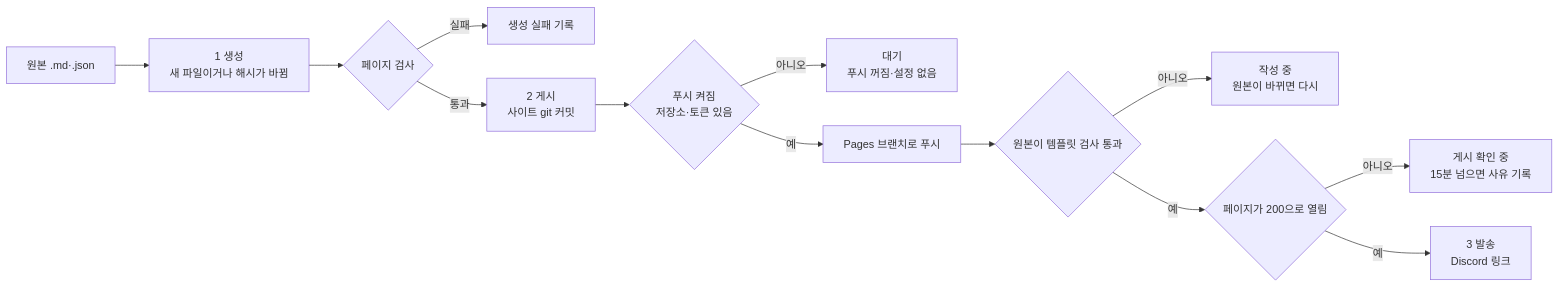
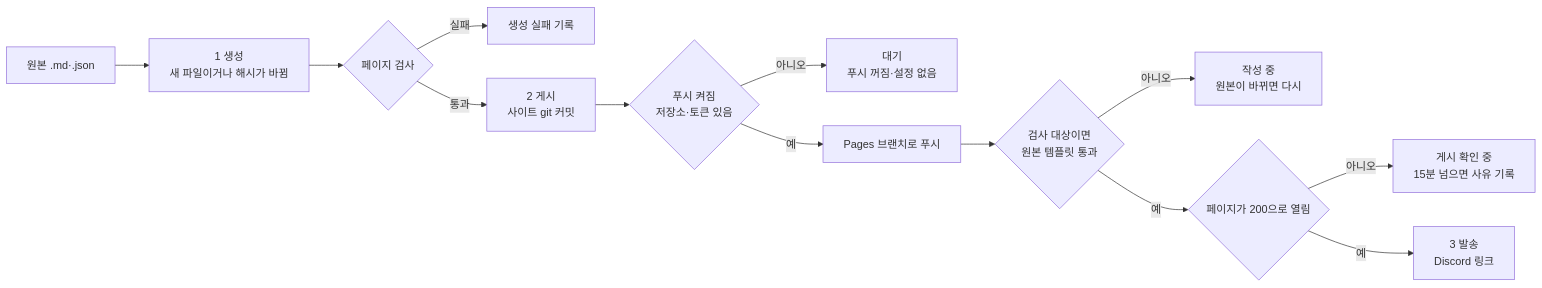
One commit to roadkwonai/omni-ai-trading changed the diagram in docs/report-pages.md. Above: the diagram before and after it, drawn with Mermaid. The commit also changed other lines of this file and 27 other files, not shown here.

````diff
--- a/docs/report-pages.md
+++ b/docs/report-pages.md
@@ -66,15 +66,15 @@
 ```mermaid
 flowchart LR
   S["원본 .md·.json"] --> G["1 생성<br/>새 파일이거나 해시가 바뀜"]
   G --> K{"페이지 검사"}
   K -- 실패 --> GF["생성 실패 기록"]
   K -- 통과 --> P["2 게시<br/>사이트 git 커밋"]
   P --> PO{"푸시 켜짐<br/>저장소·토큰 있음"}
   PO -- 아니오 --> W["대기<br/>푸시 꺼짐·설정 없음"]
   PO -- 예 --> PU["Pages 브랜치로 푸시"]
-  PU --> T{"원본이 템플릿 검사 통과"}
+  PU --> T{"검사 대상이면<br/>원본 템플릿 통과"}
   T -- 아니오 --> D["작성 중<br/>원본이 바뀌면 다시"]
   T -- 예 --> L{"페이지가 200으로 열림"}
   L -- 아니오 --> WL["게시 확인 중<br/>15분 넘으면 사유 기록"]
   L -- 예 --> SD["3 발송<br/>Discord 링크"]
 ```
````
